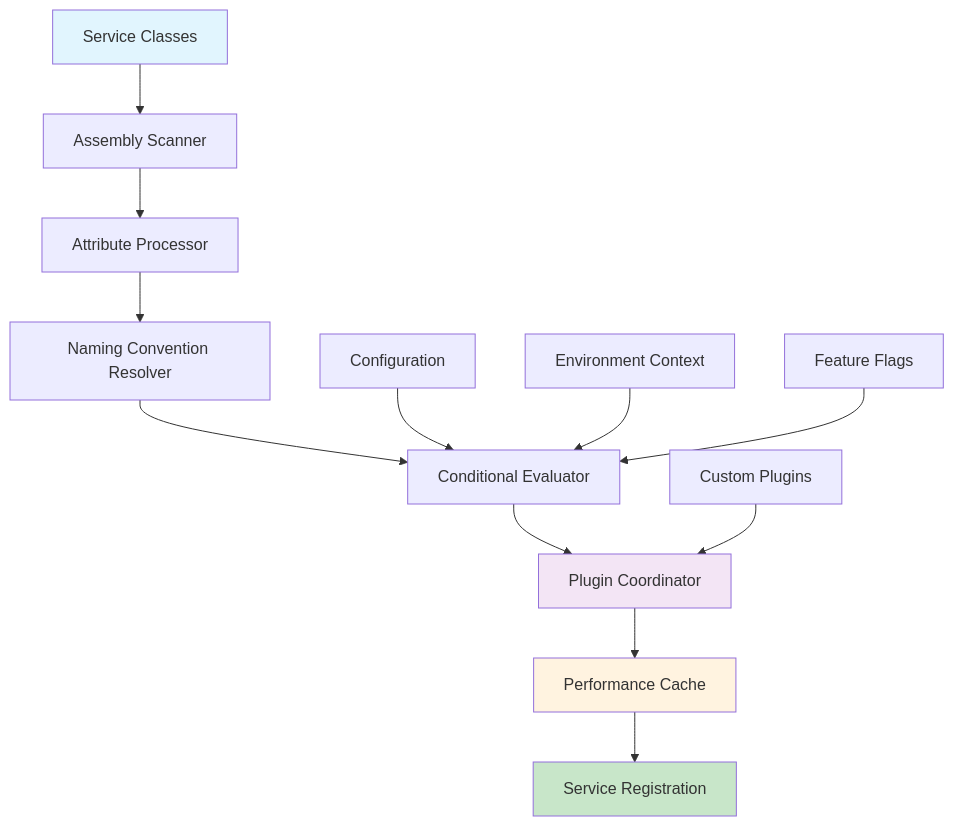
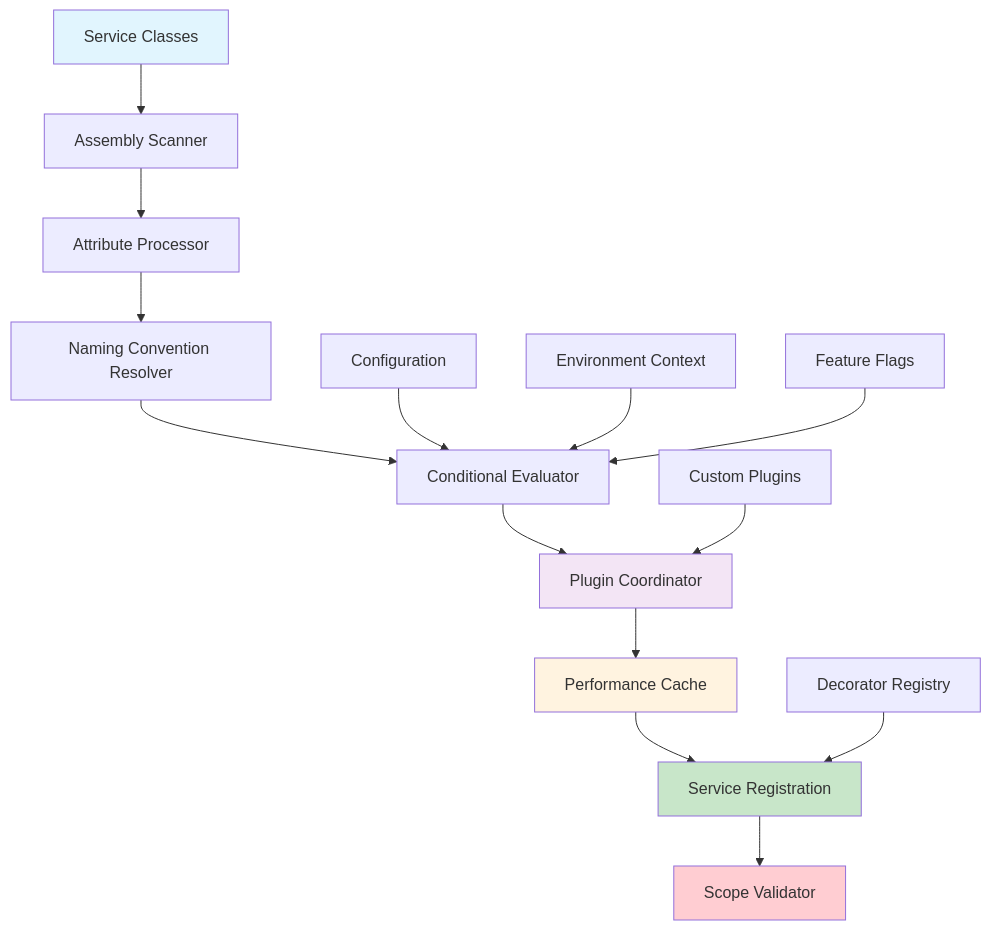
Before and after one commit to furkansarikaya/FS.AutoServiceDiscovery: the diagram in README.md, drawn with Mermaid. The commit also changed other lines of this file and 34 other files, not shown here.

````diff
--- a/README.md
+++ b/README.md
@@ -99,20 +187,23 @@
 ```mermaid
 graph TB
     A[Service Classes] --> B[Assembly Scanner]
     B --> C[Attribute Processor]
     C --> D[Naming Convention Resolver]
     D --> E[Conditional Evaluator]
     E --> F[Plugin Coordinator]
     F --> G[Performance Cache]
     G --> H[Service Registration]
-    
-    I[Configuration] --> E
-    J[Environment Context] --> E
-    K[Feature Flags] --> E
-    L[Custom Plugins] --> F
-    
+    H --> I[Scope Validator]
+
+    J[Configuration] --> E
+    K[Environment Context] --> E
+    L[Feature Flags] --> E
+    M[Custom Plugins] --> F
+    N[Decorator Registry] --> H
+
     style A fill:#e1f5fe
     style H fill:#c8e6c9
     style G fill:#fff3e0
     style F fill:#f3e5f5
+    style I fill:#ffcdd2
 ```
````
